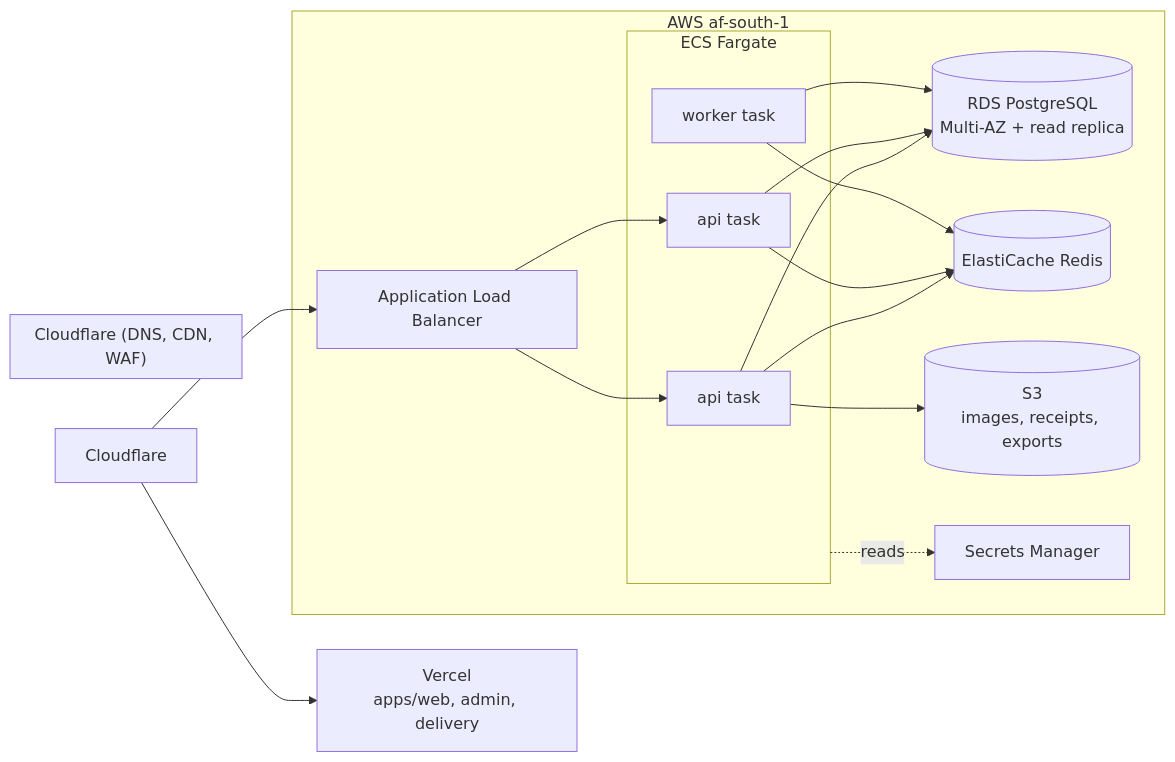
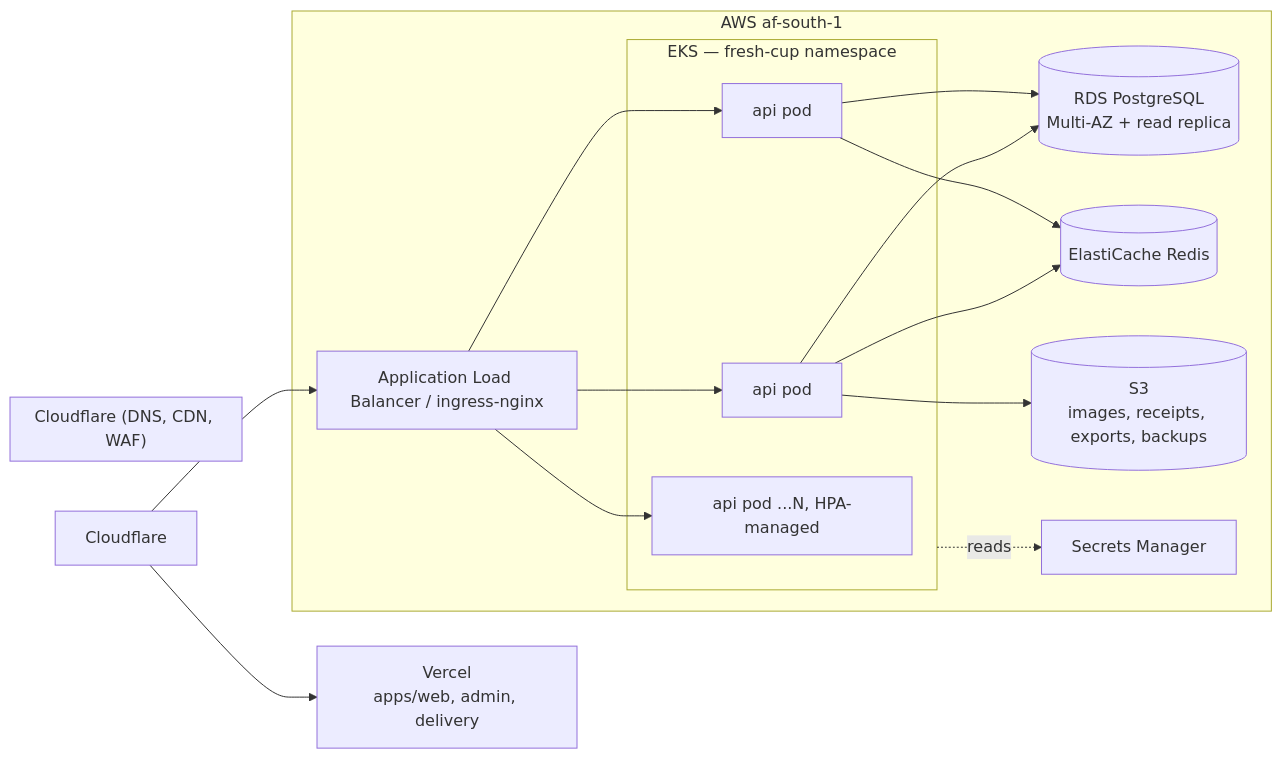
Before and after one commit to abukihayredin3-creator/fresh-cup: the first of 2 diagrams in fresh-cup-platform/docs/DEPLOYMENT.md, drawn with Mermaid. The commit also changed other lines of this file and 5 other files, not shown here.

````diff
--- a/fresh-cup-platform/docs/DEPLOYMENT.md
+++ b/fresh-cup-platform/docs/DEPLOYMENT.md
@@ -21,31 +21,30 @@
 ```mermaid
 flowchart LR
     subgraph "Cloudflare (DNS, CDN, WAF)"
     end
     subgraph "AWS af-south-1"
-        ALB[Application Load Balancer]
-        subgraph ECS["ECS Fargate"]
-            API1[api task]
-            API2[api task]
-            WORKER[worker task]
+        ALB[Application Load Balancer / ingress-nginx]
+        subgraph EKS["EKS — fresh-cup namespace"]
+            API1[api pod]
+            API2[api pod]
+            APIN[api pod ...N, HPA-managed]
         end
         RDS[(RDS PostgreSQL\nMulti-AZ + read replica)]
         REDIS[(ElastiCache Redis)]
-        S3B[(S3\nimages, receipts, exports)]
+        S3B[(S3\nimages, receipts, exports, backups)]
         SECRETS[Secrets Manager]
     end
     VERCEL[Vercel\napps/web, admin, delivery]
 
     Cloudflare --> VERCEL
     Cloudflare --> ALB
     ALB --> API1
     ALB --> API2
+    ALB --> APIN
     API1 --> RDS
     API2 --> RDS
     API1 --> REDIS
     API2 --> REDIS
-    WORKER --> RDS
-    WORKER --> REDIS
     API1 --> S3B
-    ECS -.reads.-> SECRETS
+    EKS -.reads.-> SECRETS
 ```
````
